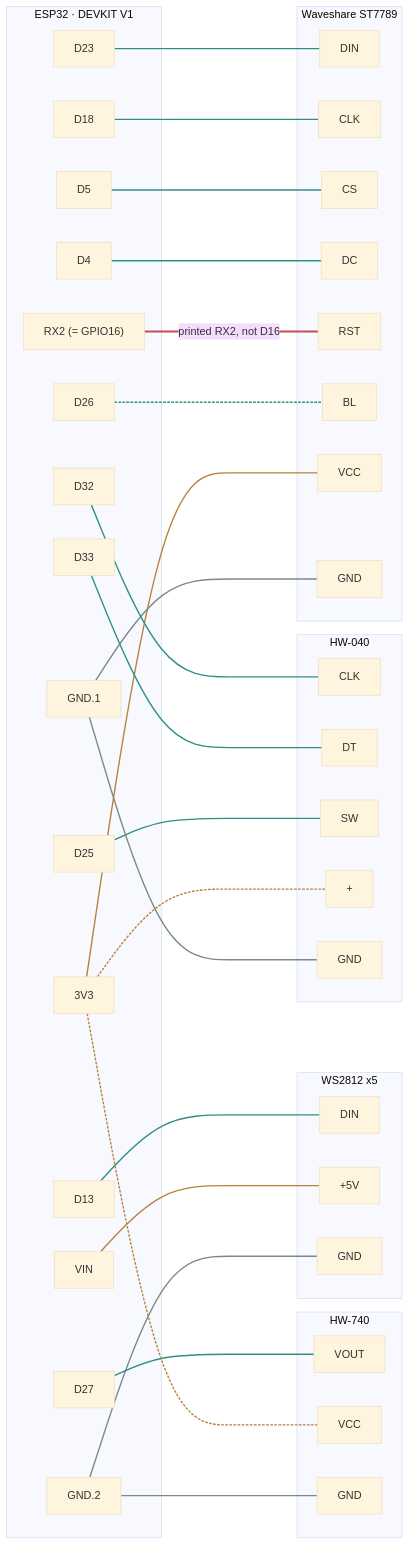
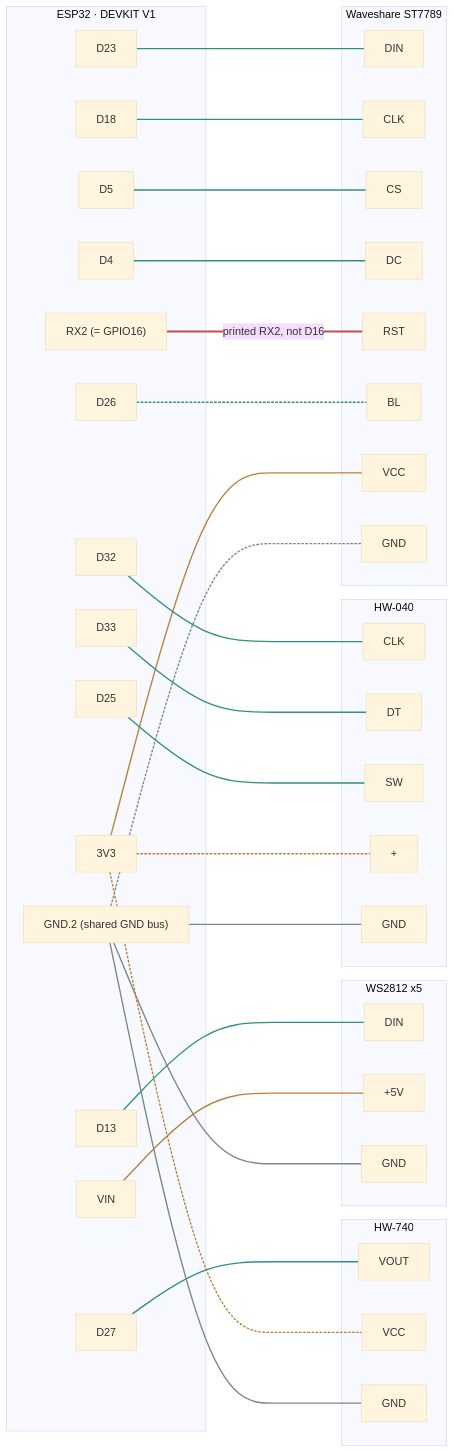
One commit to traviswolverton/goodnight-device changed the diagram in DESIGN.md. Above: the diagram before and after it, drawn with Mermaid (base theme). The commit also changed other lines of this file, not shown here.

First line of the commit message:
Sync DESIGN.md's Mermaid graph and notes with the GND bus change

````diff
--- a/DESIGN.md
+++ b/DESIGN.md
@@ -70,81 +70,81 @@
 ```mermaid
 graph LR
   subgraph ESP32["ESP32 · DEVKIT V1"]
     D23["D23"]
     D18["D18"]
     D5["D5"]
     D4["D4"]
     RX2["RX2 (= GPIO16)"]
     D26["D26"]
     D32["D32"]
     D33["D33"]
     D25["D25"]
     D13["D13"]
     D27["D27"]
-    GND1["GND.1"]
-    GND2["GND.2"]
+    GND2["GND.2 (shared GND bus)"]
     VIN["VIN"]
     V3["3V3"]
   end
 
   subgraph Display["Waveshare ST7789"]
     dDIN["DIN"]
     dCLK["CLK"]
     dCS["CS"]
     dDC["DC"]
     dRST["RST"]
     dBL["BL"]
     dVCC["VCC"]
     dGND["GND"]
   end
 
   subgraph Encoder["HW-040"]
     eCLK["CLK"]
     eDT["DT"]
     eSW["SW"]
     eV["+"]
     eGND["GND"]
   end
 
   subgraph LEDs["WS2812 x5"]
     lDIN["DIN"]
     lV["+5V"]
     lGND["GND"]
   end
 
   subgraph PIR["HW-740"]
     pVOUT["VOUT"]
     pVCC["VCC"]
     pGND["GND"]
   end
 
   D23 --- dDIN
   D18 --- dCLK
   D5 --- dCS
   D4 --- dDC
   RX2 ---|"printed RX2, not D16"| dRST
   D26 -.- dBL
   V3 --- dVCC
-  GND1 --- dGND
+  GND2 -.- dGND
 
   D32 --- eCLK
   D33 --- eDT
   D25 --- eSW
   V3 -.- eV
-  GND1 --- eGND
+  GND2 --- eGND
 
   D13 --- lDIN
   VIN --- lV
   GND2 --- lGND
 
   D27 --- pVOUT
   V3 -.- pVCC
   GND2 --- pGND
 
   linkStyle 0,1,2,3,8,9,10,13,16 stroke:#2f8f86,stroke-width:2px
   linkStyle 4 stroke:#c94b50,stroke-width:3px
   linkStyle 5 stroke:#2f8f86,stroke-width:2px,stroke-dasharray:4 2
   linkStyle 6,14 stroke:#b8813a,stroke-width:2px
-  linkStyle 7,12,15,18 stroke:#7b8a82,stroke-width:2px
+  linkStyle 7 stroke:#7b8a82,stroke-width:2px,stroke-dasharray:4 2
   linkStyle 11,17 stroke:#b8813a,stroke-width:2px,stroke-dasharray:4 2
+  linkStyle 12,15,18 stroke:#7b8a82,stroke-width:2px
 ```
````
